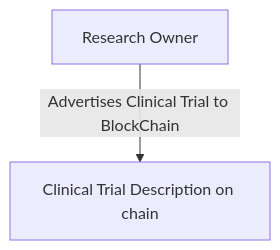
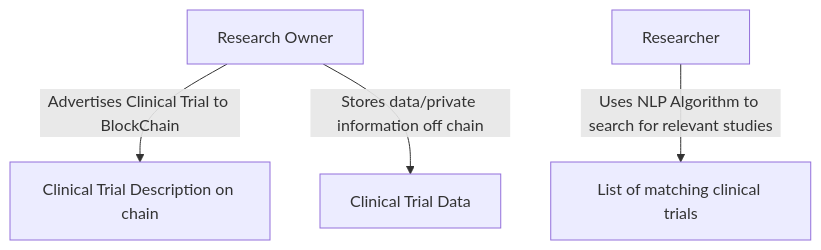
One commit to AI-and-Blockchain/S22_StudyBlock changed the diagram in README.md. Above: the diagram before and after it, drawn with Mermaid.

````diff
--- a/README.md
+++ b/README.md
@@ -14,4 +14,7 @@
 ```mermaid
 graph TB;
     A[Research Owner] -- Advertises Clinical Trial to BlockChain --> D[Clinical Trial Description on chain]
+    A -- Stores data/private information off chain --> E[Clinical Trial Data]
+    B[Researcher] -- Uses NLP Algorithm to search for relevant studies --> F[List of matching clinical trials]
+
 ```
````
